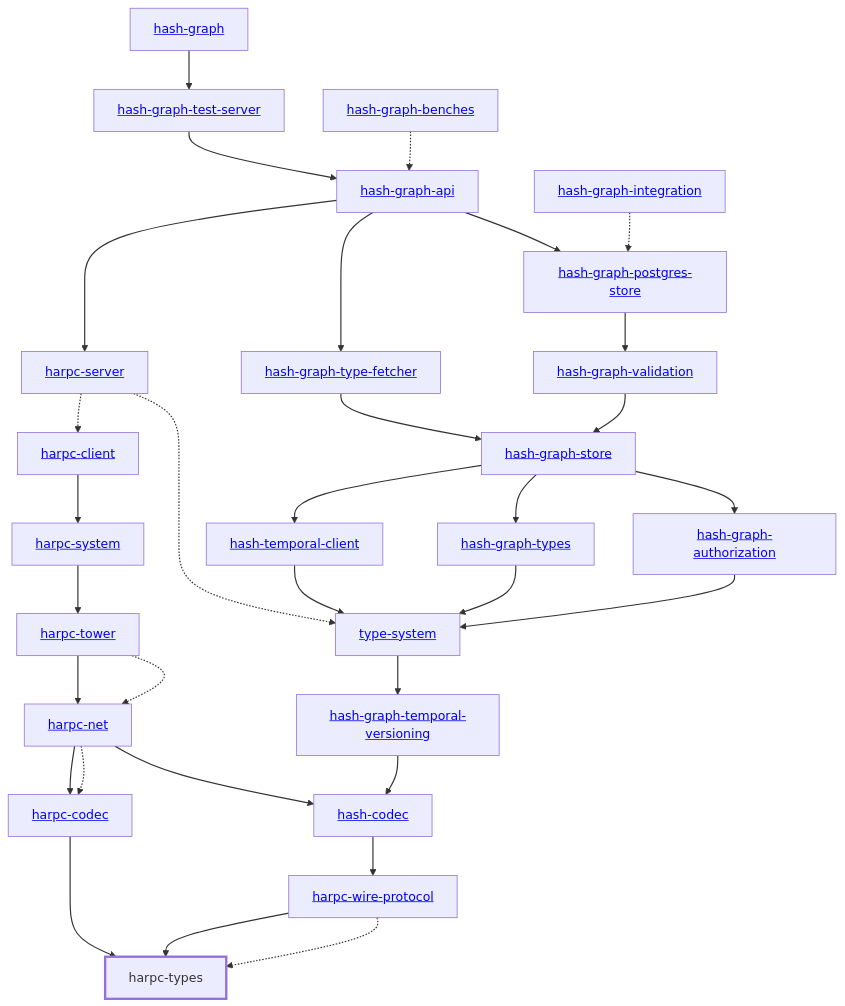
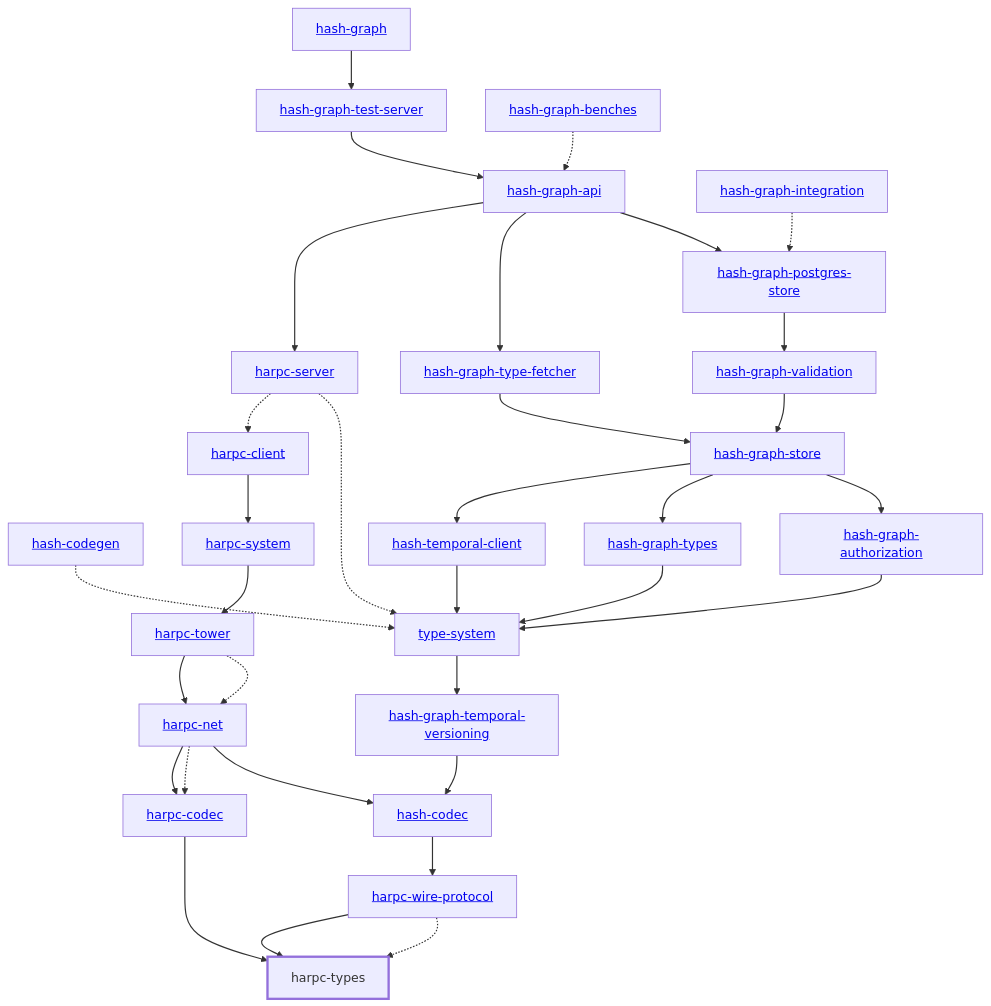
One commit to hashintel/hash changed the diagram in libs/@local/harpc/types/docs/dependency-diagram.mmd. Above: the diagram before and after it, drawn with Mermaid. The commit also changed 6 other files, not shown here.

Commit message:
Fix dep-graph

```diff
--- a/libs/@local/harpc/types/docs/dependency-diagram.mmd
+++ b/libs/@local/harpc/types/docs/dependency-diagram.mmd
@@ -1,65 +1,67 @@
 graph TD
     linkStyle default stroke-width:1.5px
     classDef default stroke-width:1px
     classDef root stroke-width:3px
     classDef dev stroke-width:1px
     classDef build stroke-width:1px
     %% Legend
     %% --> : Normal dependency
     %% -.-> : Dev dependency
     %% ---> : Build dependency
     0[<a href="../hash_graph">hash-graph</a>]
     1[<a href="../type_system">type-system</a>]
     2[<a href="../hash_codec">hash-codec</a>]
-    3[<a href="../hash_graph_api">hash-graph-api</a>]
-    4[<a href="../hash_graph_authorization">hash-graph-authorization</a>]
-    5[<a href="../hash_graph_postgres_store">hash-graph-postgres-store</a>]
-    6[<a href="../hash_graph_store">hash-graph-store</a>]
-    7[<a href="../hash_graph_temporal_versioning">hash-graph-temporal-versioning</a>]
-    8[<a href="../hash_graph_test_server">hash-graph-test-server</a>]
-    9[<a href="../hash_graph_type_fetcher">hash-graph-type-fetcher</a>]
-    10[<a href="../hash_graph_types">hash-graph-types</a>]
-    11[<a href="../hash_graph_validation">hash-graph-validation</a>]
-    12[<a href="../harpc_client">harpc-client</a>]
-    13[<a href="../harpc_codec">harpc-codec</a>]
-    14[<a href="../harpc_net">harpc-net</a>]
-    15[<a href="../harpc_server">harpc-server</a>]
-    16[<a href="../harpc_system">harpc-system</a>]
-    17[<a href="../harpc_tower">harpc-tower</a>]
-    18[harpc-types]
-    class 18 root
-    19[<a href="../harpc_wire_protocol">harpc-wire-protocol</a>]
-    20[<a href="../hash_temporal_client">hash-temporal-client</a>]
-    21[<a href="../hash_graph_benches">hash-graph-benches</a>]
-    22[<a href="../hash_graph_integration">hash-graph-integration</a>]
-    0 --> 8
-    1 --> 7
-    2 --> 19
-    3 --> 5
-    3 --> 9
-    3 --> 15
-    4 --> 1
-    5 --> 11
-    6 --> 4
-    6 --> 10
-    6 --> 20
-    7 --> 2
-    8 --> 3
-    9 --> 6
-    10 --> 1
-    11 --> 6
-    12 --> 16
-    13 --> 18
-    14 --> 2
-    14 -.-> 13
-    14 --> 13
-    15 -.-> 1
-    15 -.-> 12
-    16 --> 17
-    17 -.-> 14
-    17 --> 14
-    19 -.-> 18
-    19 --> 18
-    20 --> 1
-    21 -.-> 3
-    22 -.-> 5
+    3[<a href="../hash_codegen">hash-codegen</a>]
+    4[<a href="../hash_graph_api">hash-graph-api</a>]
+    5[<a href="../hash_graph_authorization">hash-graph-authorization</a>]
+    6[<a href="../hash_graph_postgres_store">hash-graph-postgres-store</a>]
+    7[<a href="../hash_graph_store">hash-graph-store</a>]
+    8[<a href="../hash_graph_temporal_versioning">hash-graph-temporal-versioning</a>]
+    9[<a href="../hash_graph_test_server">hash-graph-test-server</a>]
+    10[<a href="../hash_graph_type_fetcher">hash-graph-type-fetcher</a>]
+    11[<a href="../hash_graph_types">hash-graph-types</a>]
+    12[<a href="../hash_graph_validation">hash-graph-validation</a>]
+    13[<a href="../harpc_client">harpc-client</a>]
+    14[<a href="../harpc_codec">harpc-codec</a>]
+    15[<a href="../harpc_net">harpc-net</a>]
+    16[<a href="../harpc_server">harpc-server</a>]
+    17[<a href="../harpc_system">harpc-system</a>]
+    18[<a href="../harpc_tower">harpc-tower</a>]
+    19[harpc-types]
+    class 19 root
+    20[<a href="../harpc_wire_protocol">harpc-wire-protocol</a>]
+    21[<a href="../hash_temporal_client">hash-temporal-client</a>]
+    22[<a href="../hash_graph_benches">hash-graph-benches</a>]
+    23[<a href="../hash_graph_integration">hash-graph-integration</a>]
+    0 --> 9
+    1 --> 8
+    2 --> 20
+    3 -.-> 1
+    4 --> 6
+    4 --> 10
+    4 --> 16
+    5 --> 1
+    6 --> 12
+    7 --> 5
+    7 --> 11
+    7 --> 21
+    8 --> 2
+    9 --> 4
+    10 --> 7
+    11 --> 1
+    12 --> 7
+    13 --> 17
+    14 --> 19
+    15 --> 2
+    15 -.-> 14
+    15 --> 14
+    16 -.-> 1
+    16 -.-> 13
+    17 --> 18
+    18 -.-> 15
+    18 --> 15
+    20 -.-> 19
+    20 --> 19
+    21 --> 1
+    22 -.-> 4
+    23 -.-> 6
```
